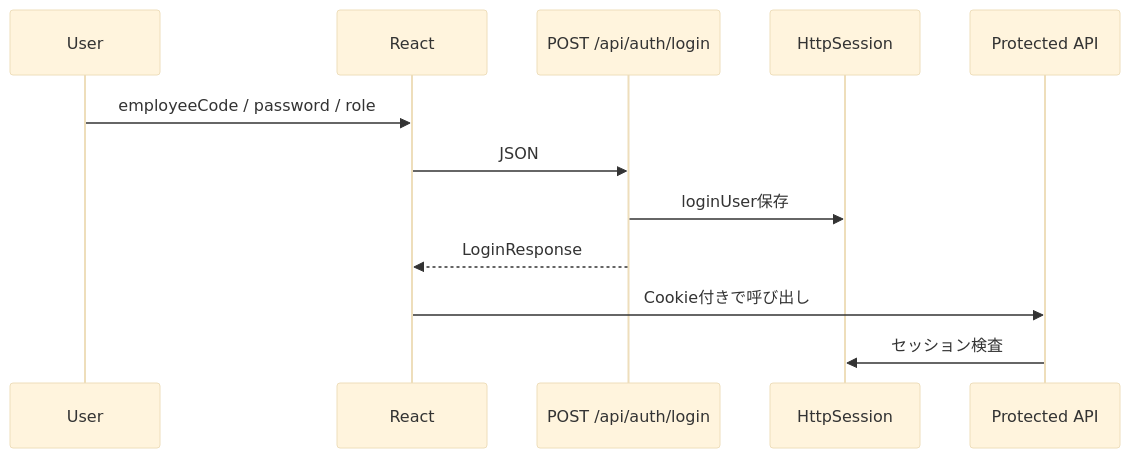
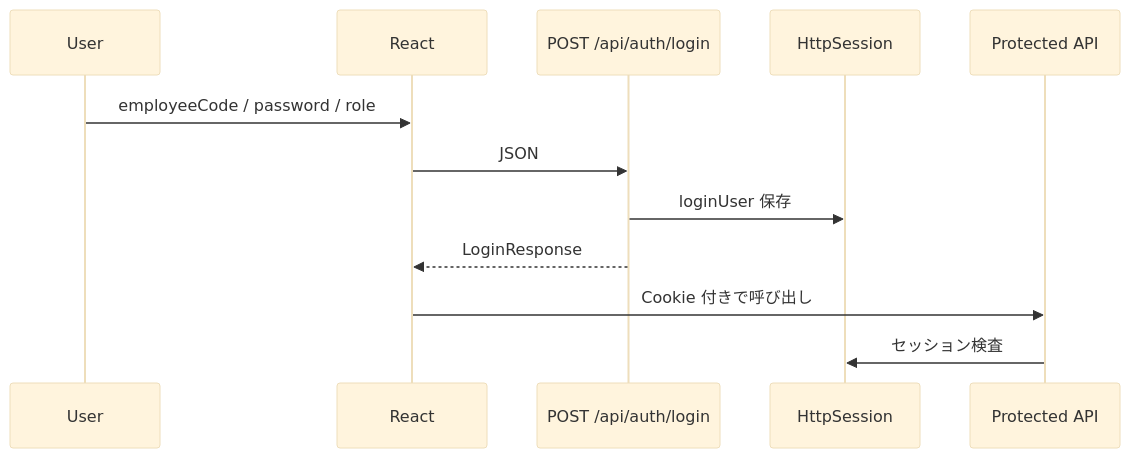
The first of 2 diagrams in docs/詳細設計書.md (LeeDohun-hub/kintaikanlisystem_project), drawn with Mermaid (base theme) before and after one commit. The commit also changed other lines of this file and 3 other files, not shown here.

````diff
--- a/docs/詳細設計書.md
+++ b/docs/詳細設計書.md
@@ -45,14 +55,14 @@
 ```mermaid
 sequenceDiagram
   participant U as User
   participant F as React
   participant A as POST /api/auth/login
   participant S as HttpSession
   participant X as Protected API
   U->>F: employeeCode / password / role
   F->>A: JSON
-  A->>S: loginUser保存
+  A->>S: loginUser 保存
   A-->>F: LoginResponse
-  F->>X: Cookie付きで呼び出し
+  F->>X: Cookie 付きで呼び出し
   X->>S: セッション検査
 ```
````
